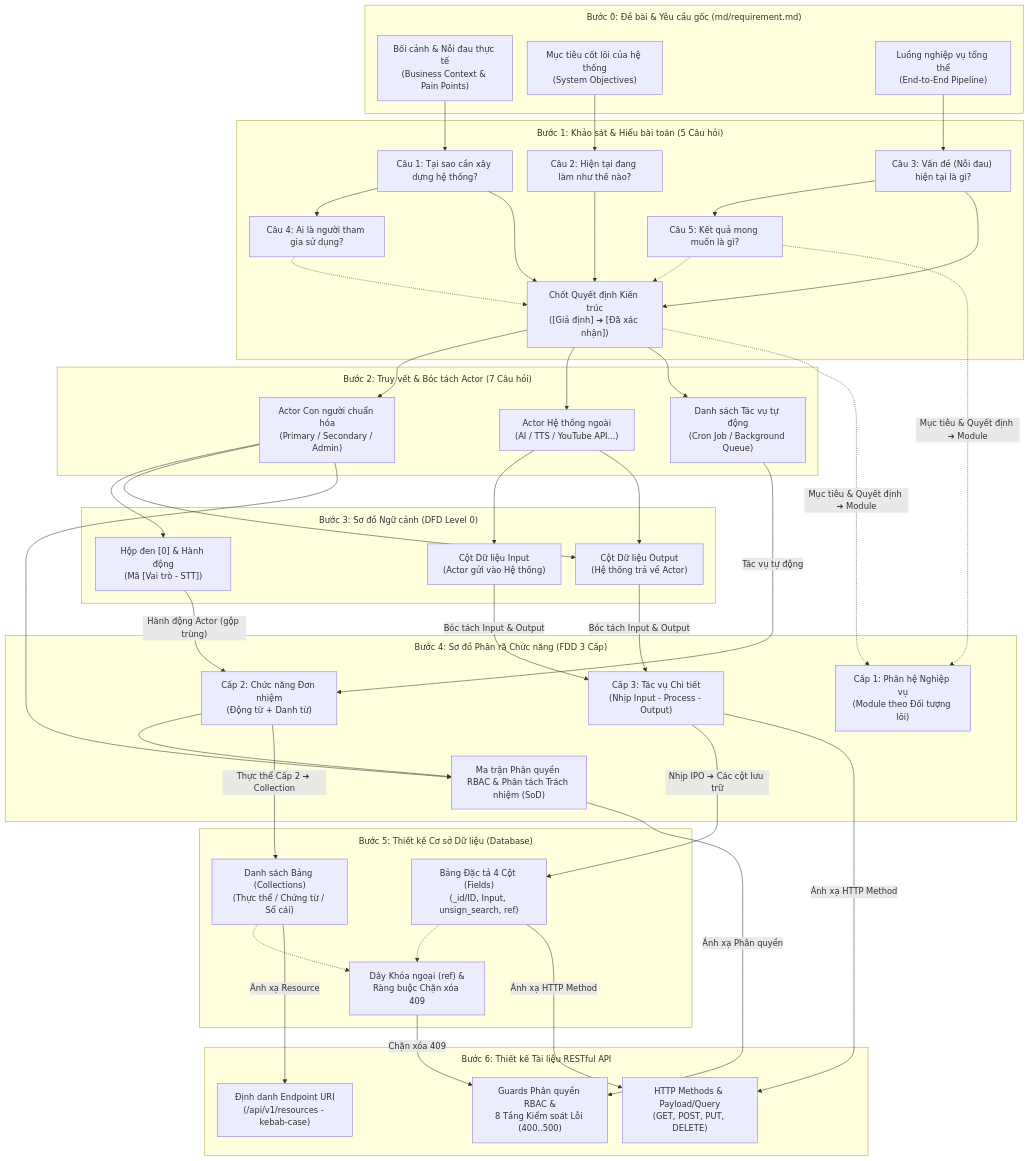
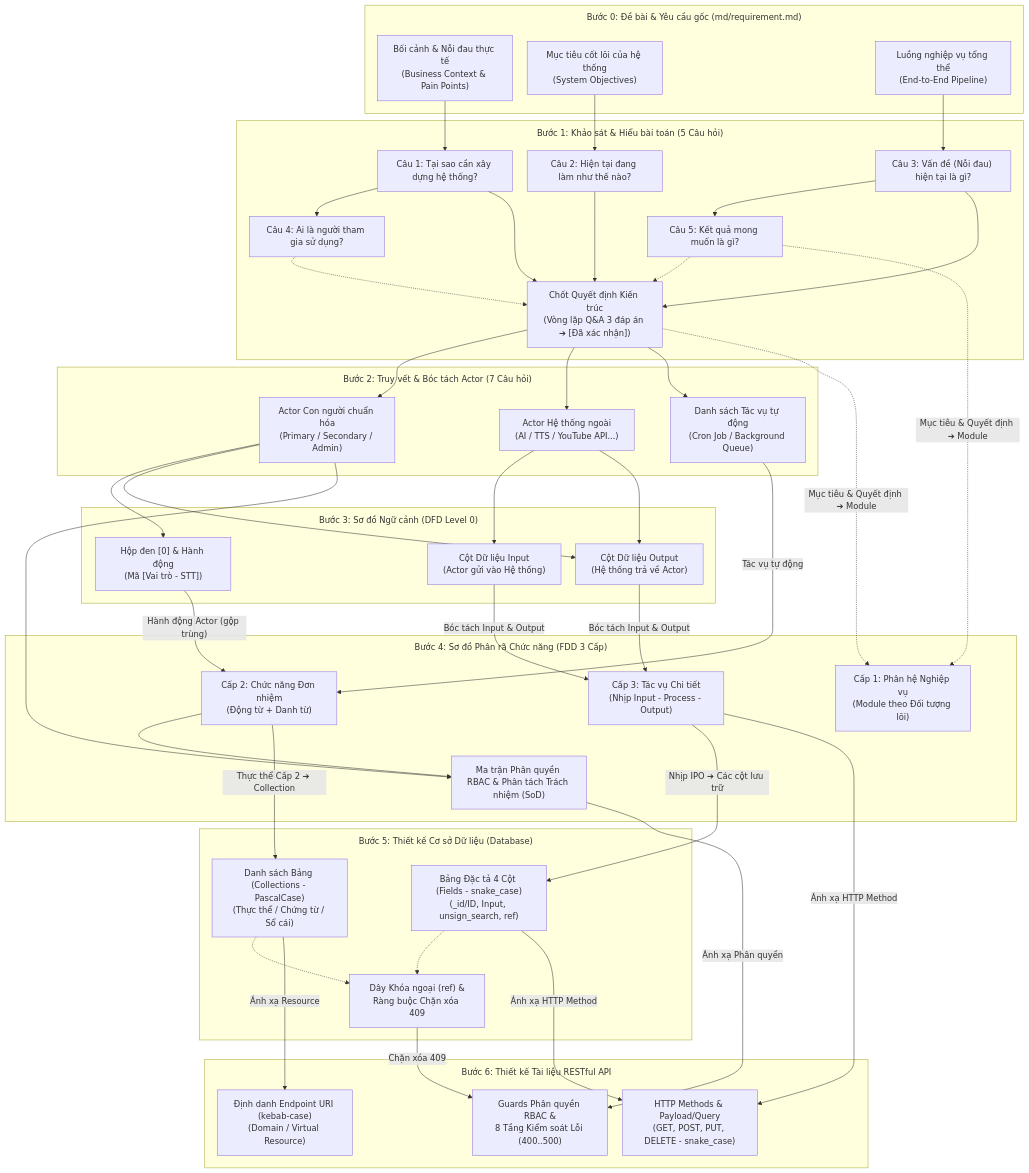
The diagram in rules/2-analysis/SystemsThinking.md (hungnm3112/my-ai-agents), drawn with Mermaid before and after one commit. The commit also changed other lines of this file and 3 other files, not shown here.

```diff
--- a/rules/2-analysis/SystemsThinking.md
+++ b/rules/2-analysis/SystemsThinking.md
@@ -23,7 +23,7 @@
         Q2["Câu 2: Hiện tại đang làm như thế nào?"]
         Q3["Câu 3: Vấn đề (Nỗi đau) hiện tại là gì?"]
         Q4["Câu 4: Ai là người tham gia sử dụng?"]
-        DEC["Chốt Quyết định Kiến trúc<br/>([Giả định] ➔ [Đã xác nhận])"]
+        DEC["Chốt Quyết định Kiến trúc<br/>(Vòng lặp Q&A 3 đáp án ➔ [Đã xác nhận])"]
         Q5["Câu 5: Kết quả mong muốn là gì?"]
     end
 
@@ -47,14 +47,14 @@
     end
 
     subgraph B5["Bước 5: Thiết kế Cơ sở Dữ liệu (Database)"]
-        COL["Danh sách Bảng (Collections)<br/>(Thực thể / Chứng từ / Sổ cái)"]
-        FLD["Bảng Đặc tả 4 Cột (Fields)<br/>(_id/ID, Input, unsign_search, ref)"]
+        COL["Danh sách Bảng (Collections - PascalCase)<br/>(Thực thể / Chứng từ / Sổ cái)"]
+        FLD["Bảng Đặc tả 4 Cột (Fields - snake_case)<br/>(_id/ID, Input, unsign_search, ref)"]
         REL["Dây Khóa ngoại (ref) &<br/>Ràng buộc Chặn xóa 409"]
     end
 
     subgraph B6["Bước 6: Thiết kế Tài liệu RESTful API"]
-        API_URI["Định danh Endpoint URI<br/>(/api/v1/resources - kebab-case)"]
-        API_MET["HTTP Methods & Payload/Query<br/>(GET, POST, PUT, DELETE)"]
+        API_URI["Định danh Endpoint URI (kebab-case)<br/>(Domain / Virtual Resource)"]
+        API_MET["HTTP Methods & Payload/Query<br/>(GET, POST, PUT, DELETE - snake_case)"]
         API_ERR["Guards Phân quyền RBAC &<br/>8 Tầng Kiểm soát Lỗi (400..500)"]
     end
 
```
